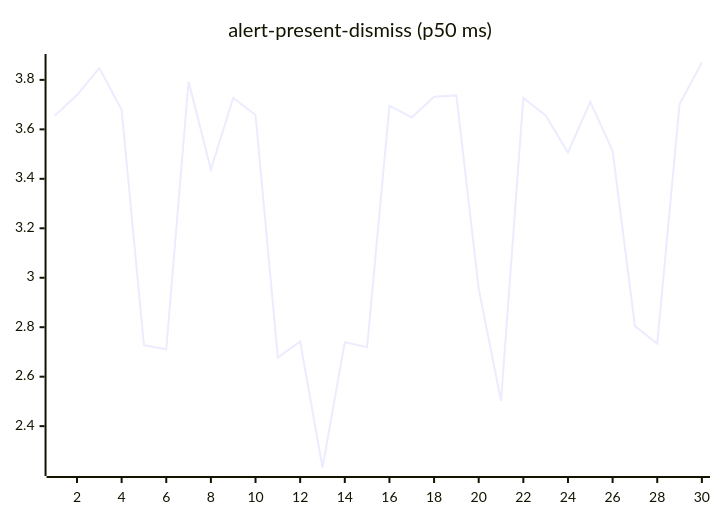
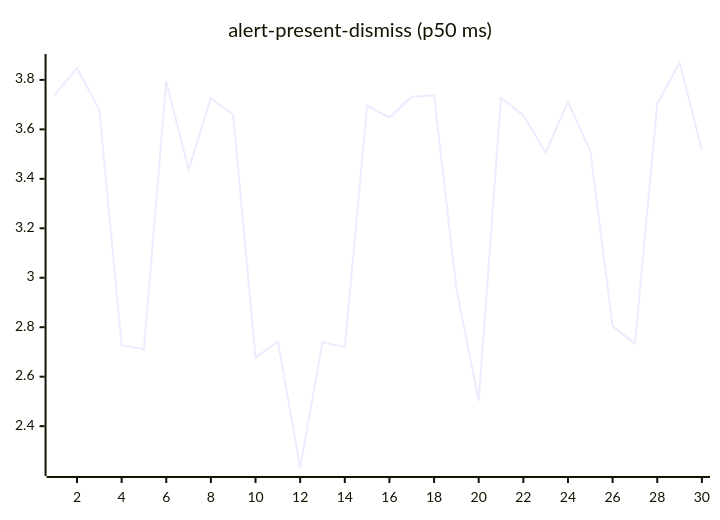
The second of 27 diagrams in README.md (josha/Facet), drawn with Mermaid before and after one commit. The commit also changed other lines of this file and 2 other files, not shown here.

````diff
--- a/README.md
+++ b/README.md
@@ -70,6 +70,6 @@
 ```mermaid
 xychart-beta
     title "alert-present-dismiss (p50 ms)"
     x-axis 1 --> 30
-    line [3.6546, 3.7386, 3.8479, 3.6788, 2.7270, 2.7111, 3.7936, 3.4376, 3.7274, 3.6582, 2.6769, 2.7425, 2.2328, 2.7393, 2.7195, 3.6955, 3.6480, 3.7318, 3.7373, 2.9562, 2.5024, 3.7273, 3.6562, 3.5064, 3.7112, 3.5136, 2.8044, 2.7337, 3.7022, 3.8703]
+    line [3.7386, 3.8479, 3.6788, 2.7270, 2.7111, 3.7936, 3.4376, 3.7274, 3.6582, 2.6769, 2.7425, 2.2328, 2.7393, 2.7195, 3.6955, 3.6480, 3.7318, 3.7373, 2.9562, 2.5024, 3.7273, 3.6562, 3.5064, 3.7112, 3.5136, 2.8044, 2.7337, 3.7022, 3.8703, 3.5157]
 ```
````
